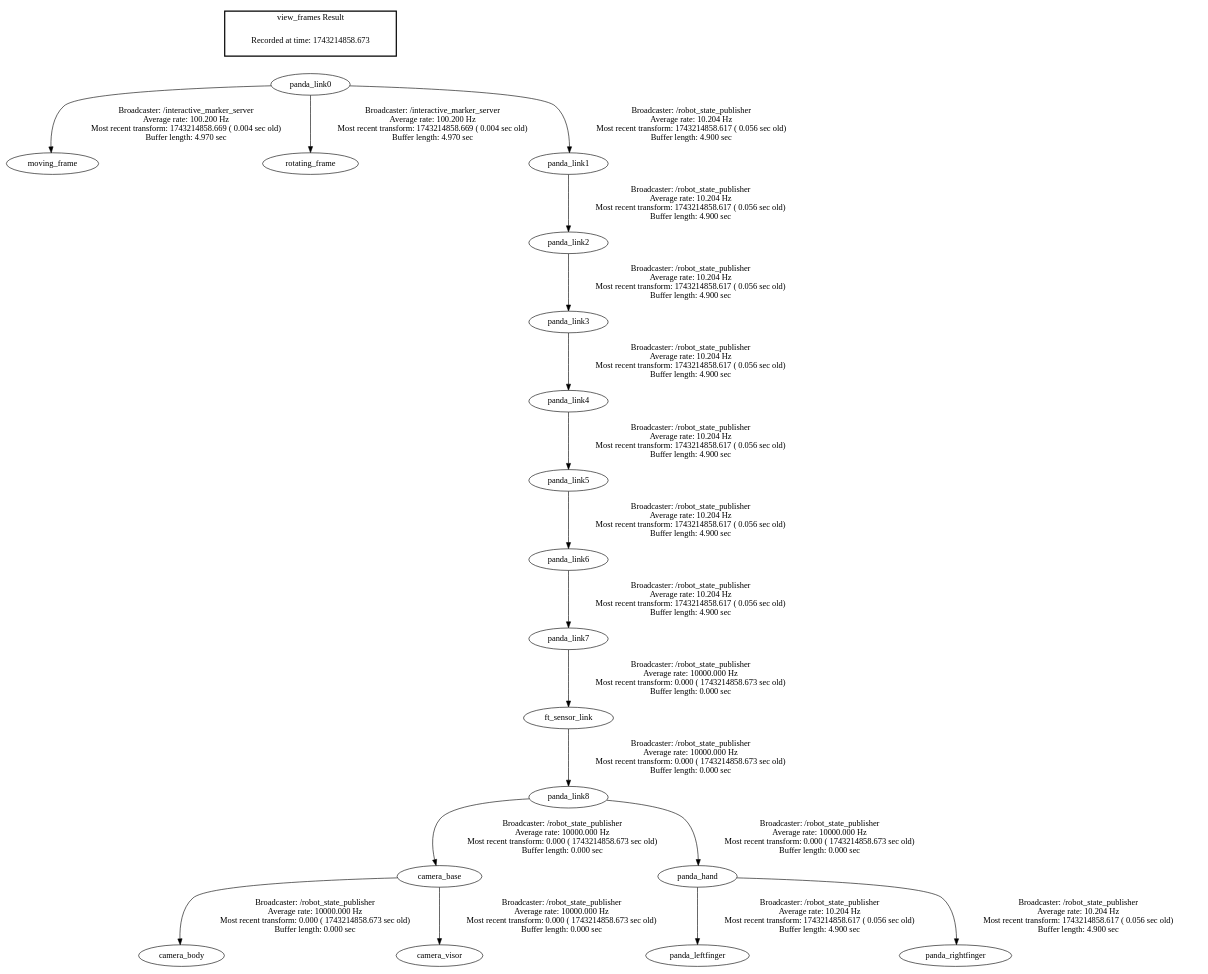
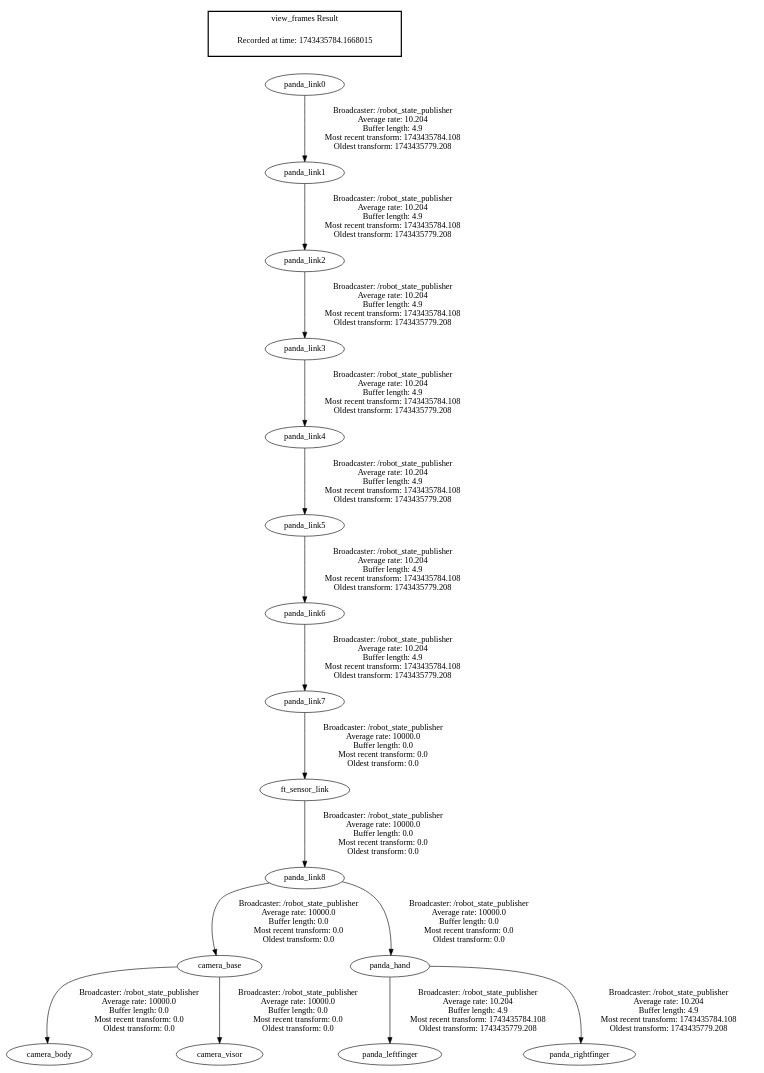
Before and after one commit to rusmilov/dexterity-interface: the diagram in frames.gv, drawn with Graphviz. The commit also changed 6 other files, not shown here.

```diff
--- a/frames.gv
+++ b/frames.gv
@@ -1,23 +1,21 @@
 digraph G {
-"panda_link0" -> "moving_frame"[label="Broadcaster: /interactive_marker_server\nAverage rate: 100.200 Hz\nMost recent transform: 1743214858.669 ( 0.004 sec old)\nBuffer length: 4.970 sec\n"];
-"panda_link0" -> "rotating_frame"[label="Broadcaster: /interactive_marker_server\nAverage rate: 100.200 Hz\nMost recent transform: 1743214858.669 ( 0.004 sec old)\nBuffer length: 4.970 sec\n"];
-"camera_base" -> "camera_body"[label="Broadcaster: /robot_state_publisher\nAverage rate: 10000.000 Hz\nMost recent transform: 0.000 ( 1743214858.673 sec old)\nBuffer length: 0.000 sec\n"];
-"panda_link8" -> "camera_base"[label="Broadcaster: /robot_state_publisher\nAverage rate: 10000.000 Hz\nMost recent transform: 0.000 ( 1743214858.673 sec old)\nBuffer length: 0.000 sec\n"];
-"camera_base" -> "camera_visor"[label="Broadcaster: /robot_state_publisher\nAverage rate: 10000.000 Hz\nMost recent transform: 0.000 ( 1743214858.673 sec old)\nBuffer length: 0.000 sec\n"];
-"ft_sensor_link" -> "panda_link8"[label="Broadcaster: /robot_state_publisher\nAverage rate: 10000.000 Hz\nMost recent transform: 0.000 ( 1743214858.673 sec old)\nBuffer length: 0.000 sec\n"];
-"panda_link7" -> "ft_sensor_link"[label="Broadcaster: /robot_state_publisher\nAverage rate: 10000.000 Hz\nMost recent transform: 0.000 ( 1743214858.673 sec old)\nBuffer length: 0.000 sec\n"];
-"panda_link6" -> "panda_link7"[label="Broadcaster: /robot_state_publisher\nAverage rate: 10.204 Hz\nMost recent transform: 1743214858.617 ( 0.056 sec old)\nBuffer length: 4.900 sec\n"];
-"panda_link8" -> "panda_hand"[label="Broadcaster: /robot_state_publisher\nAverage rate: 10000.000 Hz\nMost recent transform: 0.000 ( 1743214858.673 sec old)\nBuffer length: 0.000 sec\n"];
-"panda_hand" -> "panda_leftfinger"[label="Broadcaster: /robot_state_publisher\nAverage rate: 10.204 Hz\nMost recent transform: 1743214858.617 ( 0.056 sec old)\nBuffer length: 4.900 sec\n"];
-"panda_hand" -> "panda_rightfinger"[label="Broadcaster: /robot_state_publisher\nAverage rate: 10.204 Hz\nMost recent transform: 1743214858.617 ( 0.056 sec old)\nBuffer length: 4.900 sec\n"];
-"panda_link0" -> "panda_link1"[label="Broadcaster: /robot_state_publisher\nAverage rate: 10.204 Hz\nMost recent transform: 1743214858.617 ( 0.056 sec old)\nBuffer length: 4.900 sec\n"];
-"panda_link1" -> "panda_link2"[label="Broadcaster: /robot_state_publisher\nAverage rate: 10.204 Hz\nMost recent transform: 1743214858.617 ( 0.056 sec old)\nBuffer length: 4.900 sec\n"];
-"panda_link2" -> "panda_link3"[label="Broadcaster: /robot_state_publisher\nAverage rate: 10.204 Hz\nMost recent transform: 1743214858.617 ( 0.056 sec old)\nBuffer length: 4.900 sec\n"];
-"panda_link3" -> "panda_link4"[label="Broadcaster: /robot_state_publisher\nAverage rate: 10.204 Hz\nMost recent transform: 1743214858.617 ( 0.056 sec old)\nBuffer length: 4.900 sec\n"];
-"panda_link4" -> "panda_link5"[label="Broadcaster: /robot_state_publisher\nAverage rate: 10.204 Hz\nMost recent transform: 1743214858.617 ( 0.056 sec old)\nBuffer length: 4.900 sec\n"];
-"panda_link5" -> "panda_link6"[label="Broadcaster: /robot_state_publisher\nAverage rate: 10.204 Hz\nMost recent transform: 1743214858.617 ( 0.056 sec old)\nBuffer length: 4.900 sec\n"];
+"camera_base" -> "camera_body"[label=" Broadcaster: /robot_state_publisher\nAverage rate: 10000.0\nBuffer length: 0.0\nMost recent transform: 0.0\nOldest transform: 0.0\n"];
+"panda_link8" -> "camera_base"[label=" Broadcaster: /robot_state_publisher\nAverage rate: 10000.0\nBuffer length: 0.0\nMost recent transform: 0.0\nOldest transform: 0.0\n"];
+"camera_base" -> "camera_visor"[label=" Broadcaster: /robot_state_publisher\nAverage rate: 10000.0\nBuffer length: 0.0\nMost recent transform: 0.0\nOldest transform: 0.0\n"];
+"ft_sensor_link" -> "panda_link8"[label=" Broadcaster: /robot_state_publisher\nAverage rate: 10000.0\nBuffer length: 0.0\nMost recent transform: 0.0\nOldest transform: 0.0\n"];
+"panda_link7" -> "ft_sensor_link"[label=" Broadcaster: /robot_state_publisher\nAverage rate: 10000.0\nBuffer length: 0.0\nMost recent transform: 0.0\nOldest transform: 0.0\n"];
+"panda_link6" -> "panda_link7"[label=" Broadcaster: /robot_state_publisher\nAverage rate: 10.204\nBuffer length: 4.9\nMost recent transform: 1743435784.108\nOldest transform: 1743435779.208\n"];
+"panda_link8" -> "panda_hand"[label=" Broadcaster: /robot_state_publisher\nAverage rate: 10000.0\nBuffer length: 0.0\nMost recent transform: 0.0\nOldest transform: 0.0\n"];
+"panda_hand" -> "panda_leftfinger"[label=" Broadcaster: /robot_state_publisher\nAverage rate: 10.204\nBuffer length: 4.9\nMost recent transform: 1743435784.108\nOldest transform: 1743435779.208\n"];
+"panda_hand" -> "panda_rightfinger"[label=" Broadcaster: /robot_state_publisher\nAverage rate: 10.204\nBuffer length: 4.9\nMost recent transform: 1743435784.108\nOldest transform: 1743435779.208\n"];
+"panda_link0" -> "panda_link1"[label=" Broadcaster: /robot_state_publisher\nAverage rate: 10.204\nBuffer length: 4.9\nMost recent transform: 1743435784.108\nOldest transform: 1743435779.208\n"];
+"panda_link1" -> "panda_link2"[label=" Broadcaster: /robot_state_publisher\nAverage rate: 10.204\nBuffer length: 4.9\nMost recent transform: 1743435784.108\nOldest transform: 1743435779.208\n"];
+"panda_link2" -> "panda_link3"[label=" Broadcaster: /robot_state_publisher\nAverage rate: 10.204\nBuffer length: 4.9\nMost recent transform: 1743435784.108\nOldest transform: 1743435779.208\n"];
+"panda_link3" -> "panda_link4"[label=" Broadcaster: /robot_state_publisher\nAverage rate: 10.204\nBuffer length: 4.9\nMost recent transform: 1743435784.108\nOldest transform: 1743435779.208\n"];
+"panda_link4" -> "panda_link5"[label=" Broadcaster: /robot_state_publisher\nAverage rate: 10.204\nBuffer length: 4.9\nMost recent transform: 1743435784.108\nOldest transform: 1743435779.208\n"];
+"panda_link5" -> "panda_link6"[label=" Broadcaster: /robot_state_publisher\nAverage rate: 10.204\nBuffer length: 4.9\nMost recent transform: 1743435784.108\nOldest transform: 1743435779.208\n"];
 edge [style=invis];
  subgraph cluster_legend { style=bold; color=black; label ="view_frames Result";
-"Recorded at time: 1743214858.673"[ shape=plaintext ] ;
- }->"panda_link0";
+"Recorded at time: 1743435784.1668015"[ shape=plaintext ] ;
+}->"panda_link0";
 }
```
